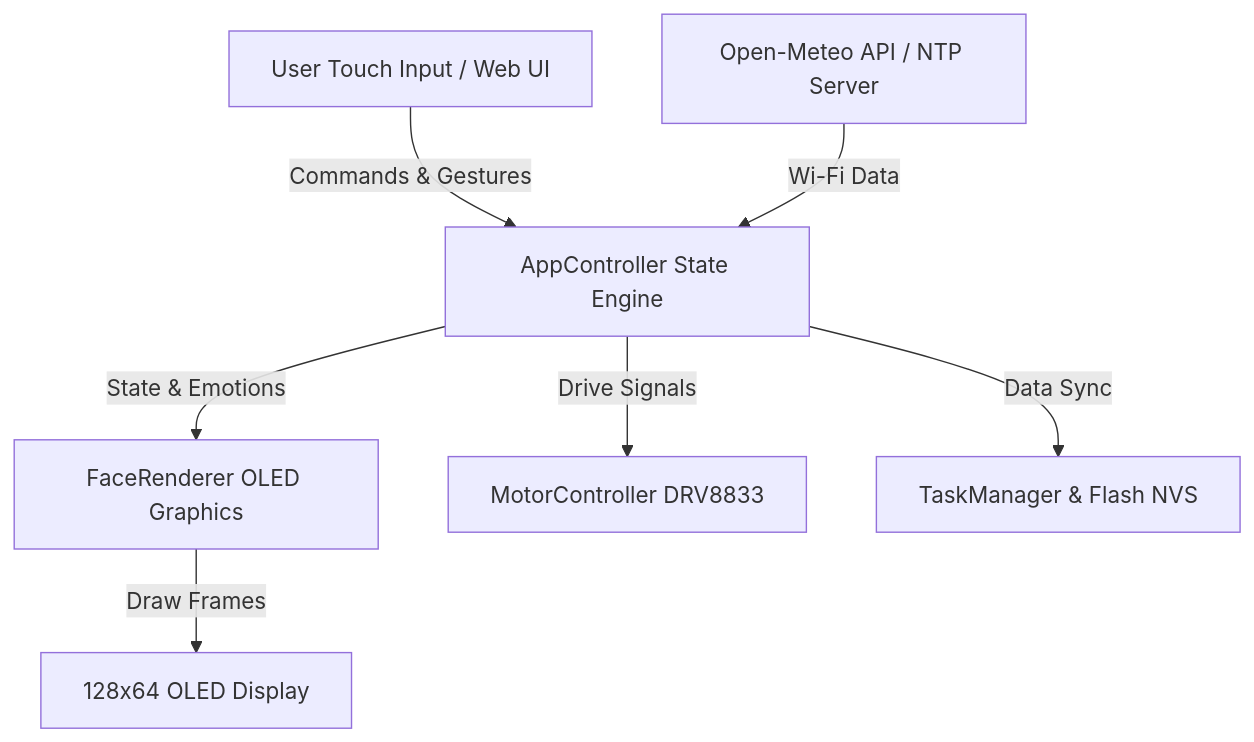
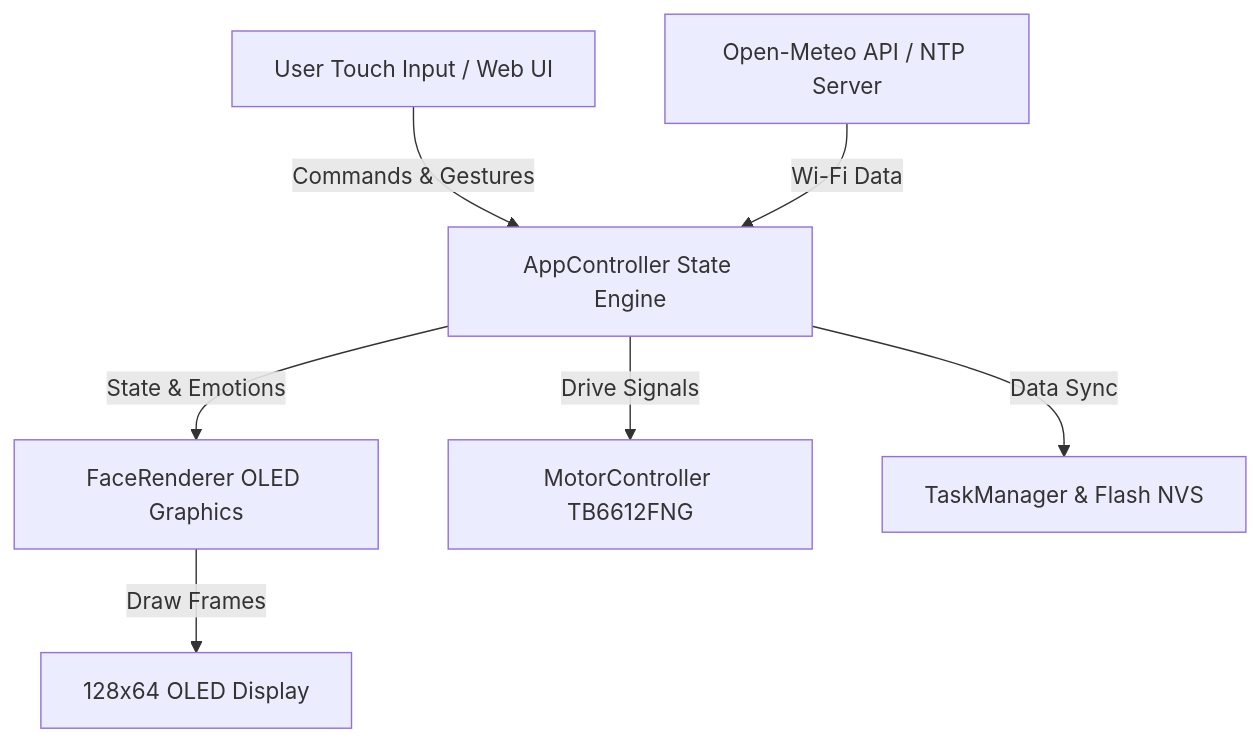
The diagram in README.md (MehediEEE45/Delta-Bot), drawn with Mermaid before and after one commit. The commit also changed other lines of this file and 2 other files, not shown here.

````diff
--- a/README.md
+++ b/README.md
@@ -87,9 +87,9 @@
 ```mermaid
 graph TD
     A[User Touch Input / Web UI] -->|Commands & Gestures| B[AppController State Engine]
     B -->|State & Emotions| C[FaceRenderer OLED Graphics]
-    B -->|Drive Signals| D[MotorController DRV8833]
+    B -->|Drive Signals| D[MotorController TB6612FNG]
     B -->|Data Sync| E[TaskManager & Flash NVS]
     F[Open-Meteo API / NTP Server] -->|Wi-Fi Data| B
     C -->|Draw Frames| G[128x64 OLED Display]
 ```
````
